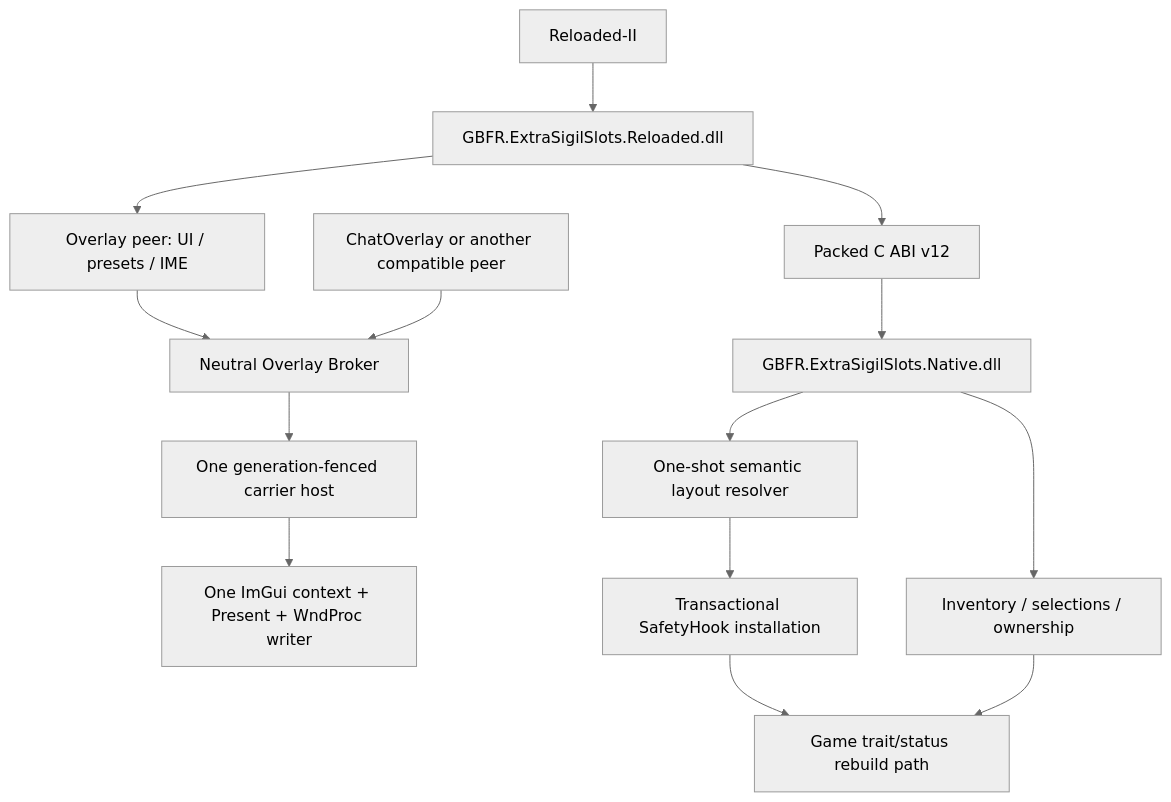
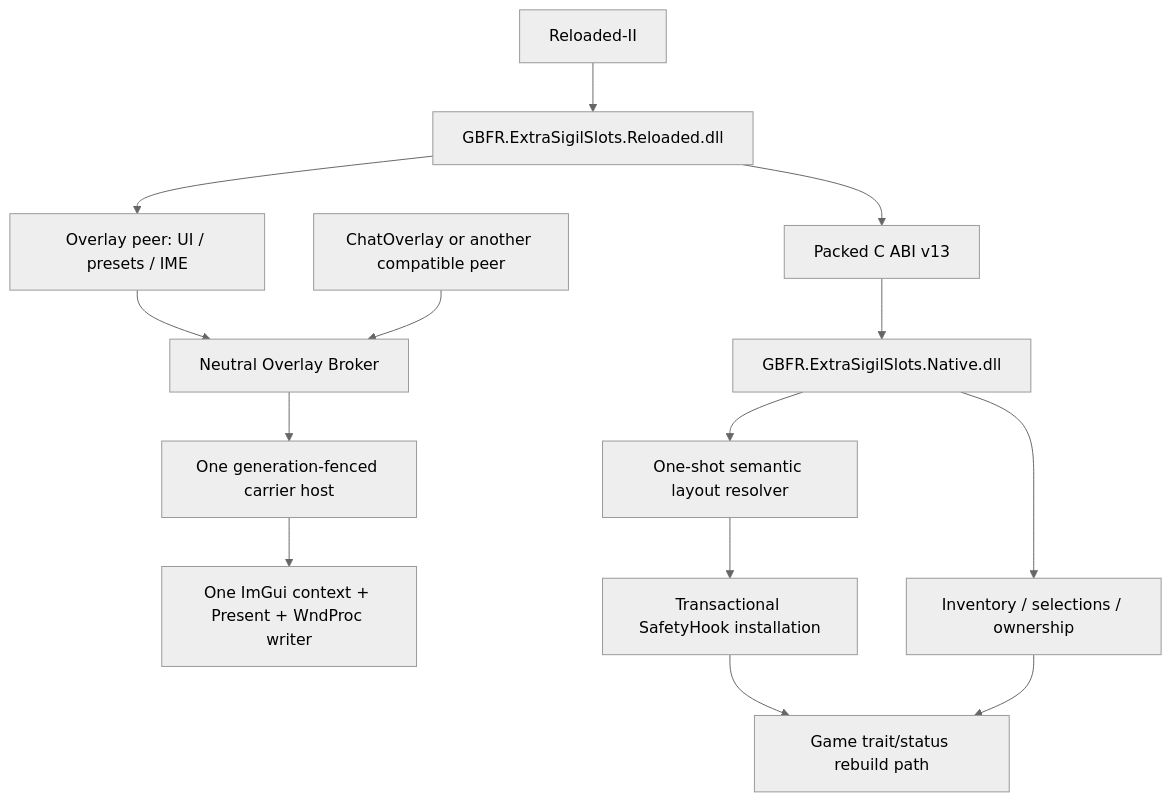
The first of 3 diagrams in docs/GBFR-Extra-Sigil-Slots-technical-handoff.zh-CN.md (baagod/GBFR-Pre-Equipped-Sigils), drawn with Mermaid (neutral theme) before and after one commit. The commit also changed other lines of this file and 15 other files, not shown here.

````diff
--- a/docs/GBFR-Extra-Sigil-Slots-technical-handoff.zh-CN.md
+++ b/docs/GBFR-Extra-Sigil-Slots-technical-handoff.zh-CN.md
@@ -55,18 +56,18 @@
 ```mermaid
 flowchart TD
     R["Reloaded-II"] --> M["GBFR.ExtraSigilSlots.Reloaded.dll"]
-    M --> A["Packed C ABI v12"]
+    M --> A["Packed C ABI v13"]
     A --> N["GBFR.ExtraSigilSlots.Native.dll"]
 
     M --> P["Overlay peer: UI / presets / IME"]
     P --> B["Neutral Overlay Broker"]
     C["ChatOverlay or another compatible peer"] --> B
     B --> H["One generation-fenced carrier host"]
     H --> I["One ImGui context + Present + WndProc writer"]
 
     N --> L["One-shot semantic layout resolver"]
     L --> K["Transactional SafetyHook installation"]
     K --> G["Game trait/status rebuild path"]
     N --> S["Inventory / selections / ownership"]
     S --> G
 ```
````
